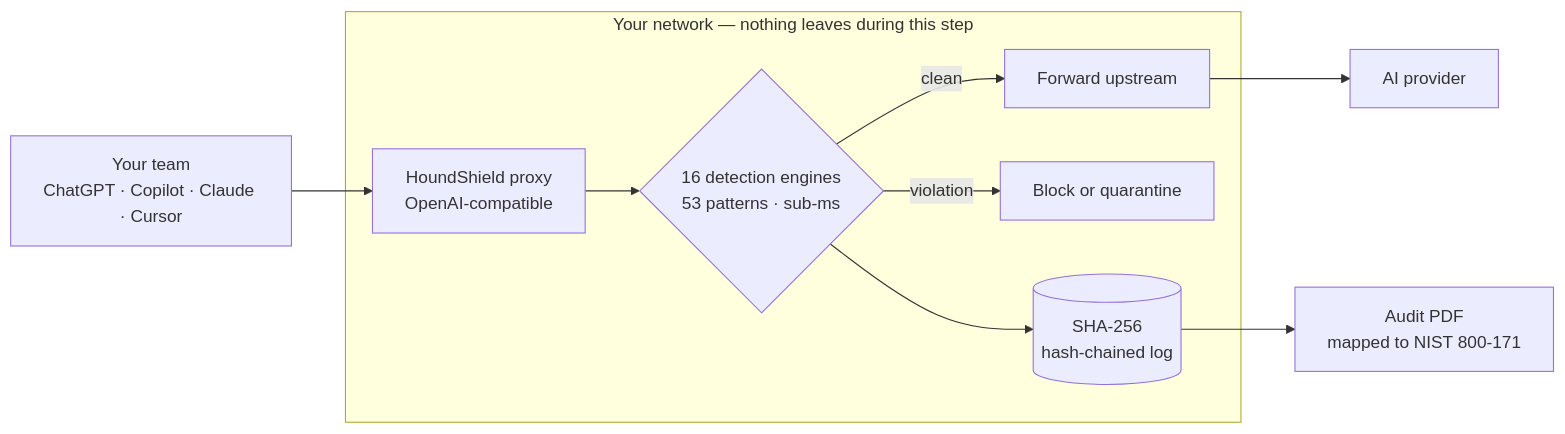
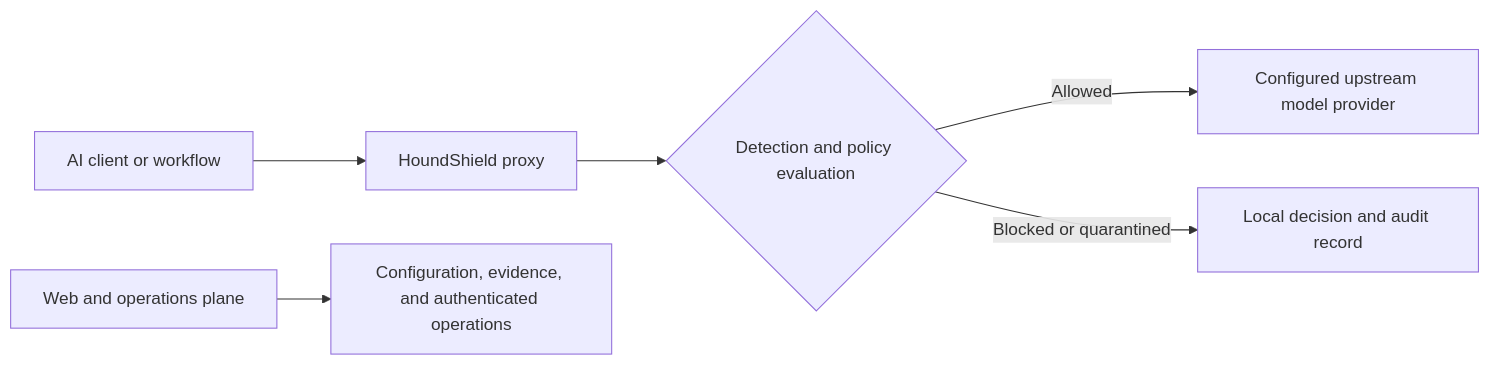
Before and after one commit to thecelestialmismatch/HoundShield: the diagram in README.md, drawn with Mermaid. The commit also changed other lines of this file and 7 other files, not shown here.

````diff
--- a/README.md
+++ b/README.md
@@ -41,14 +48,8 @@
 ```mermaid
 flowchart LR
-    A["Your team<br/>ChatGPT · Copilot · Claude · Cursor"] --> B
-
-    subgraph BOUNDARY ["Your network — nothing leaves during this step"]
-        B["HoundShield proxy<br/>OpenAI-compatible"] --> C{"16 detection engines<br/>53 patterns · sub-ms"}
-        C -->|clean| D["Forward upstream"]
-        C -->|violation| E["Block or quarantine"]
-        C --> F[("SHA-256<br/>hash-chained log")]
-    end
-
-    D --> G["AI provider"]
-    F --> H["Audit PDF<br/>mapped to NIST 800-171"]
+    A["AI client or workflow"] --> B["HoundShield proxy"]
+    B --> C{"Detection and policy evaluation"}
+    C -->|"Allowed"| D["Configured upstream model provider"]
+    C -->|"Blocked or quarantined"| E["Local decision and audit record"]
+    F["Web and operations plane"] --> G["Configuration, evidence, and authenticated operations"]
 ```
````
